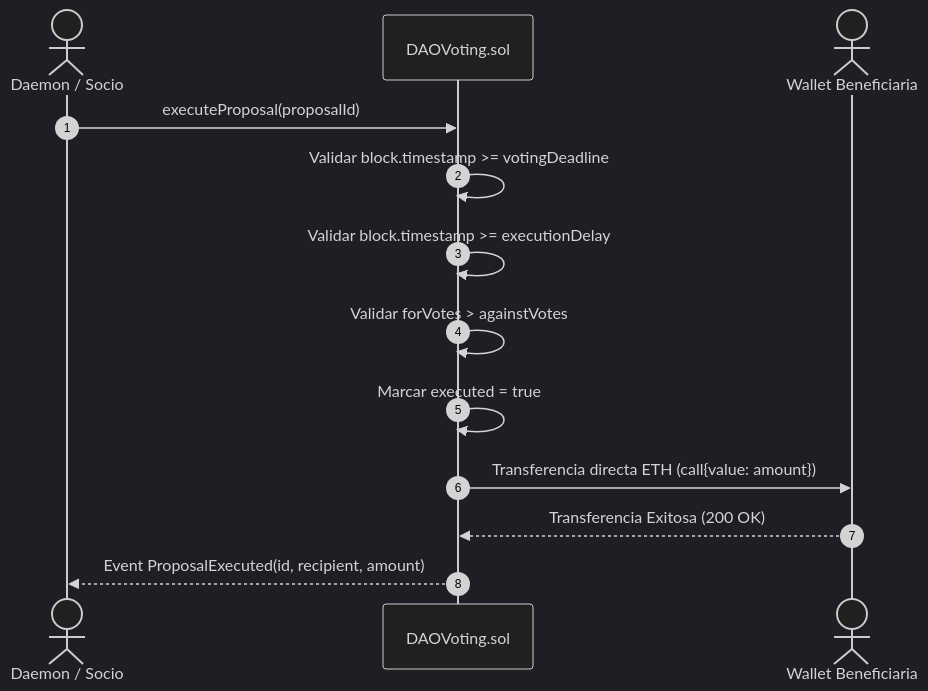
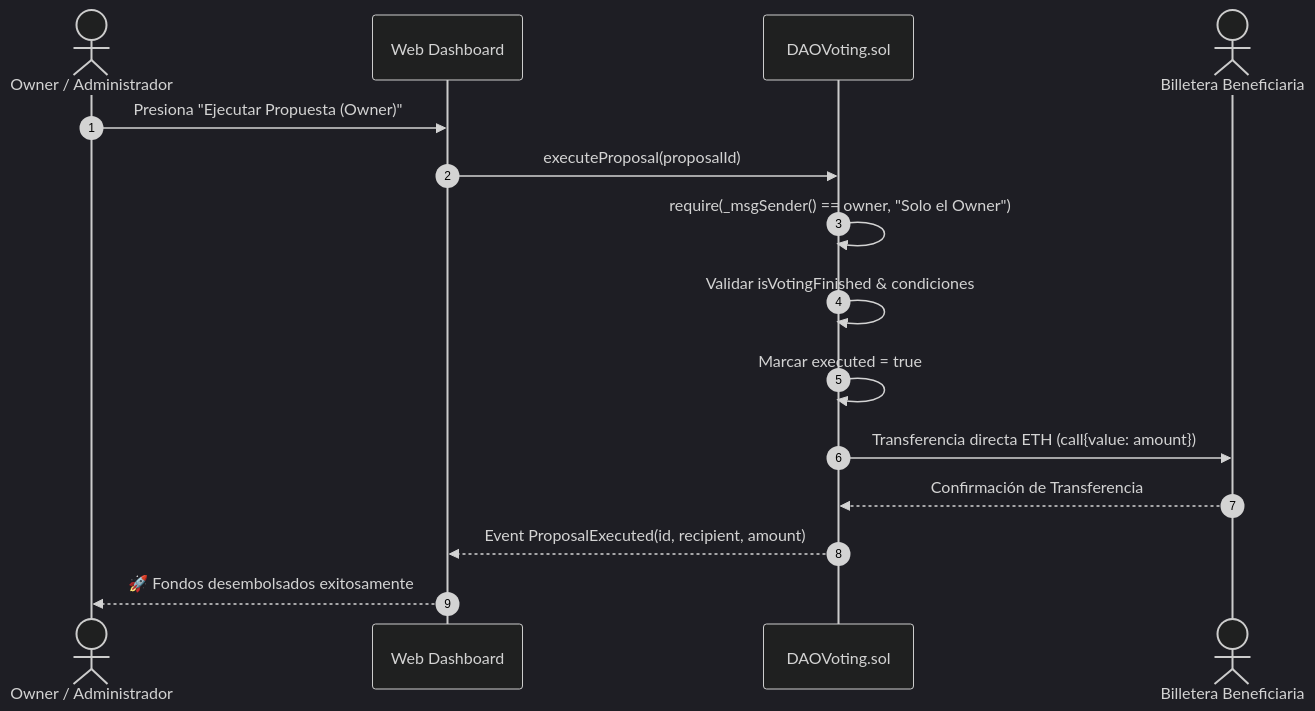
One commit to anlucorporations/dao changed the second of 2 diagrams in docs/CASOS_DE_USO_Y_DIAGRAMAS.md. Above: the diagram before and after it, drawn with Mermaid (dark theme). The commit also changed other lines of this file and 8 other files, not shown here.

````diff
--- a/docs/CASOS_DE_USO_Y_DIAGRAMAS.md
+++ b/docs/CASOS_DE_USO_Y_DIAGRAMAS.md
@@ -100,16 +106,18 @@
 ```mermaid
 sequenceDiagram
     autonumber
-    actor Daemon as Daemon / Socio
+    actor Owner as Owner / Administrador
+    participant Web as Web Dashboard
     participant DAO as DAOVoting.sol
-    actor Receptora as Wallet Beneficiaria
+    actor Receptora as Billetera Beneficiaria
 
-    Daemon->>DAO: executeProposal(proposalId)
-    DAO->>DAO: Validar block.timestamp >= votingDeadline
-    DAO->>DAO: Validar block.timestamp >= executionDelay
-    DAO->>DAO: Validar forVotes > againstVotes
+    Owner->>Web: Presiona "Ejecutar Propuesta (Owner)"
+    Web->>DAO: executeProposal(proposalId)
+    DAO->>DAO: require(_msgSender() == owner, "Solo el Owner")
+    DAO->>DAO: Validar isVotingFinished & condiciones
     DAO->>DAO: Marcar executed = true
     DAO->>Receptora: Transferencia directa ETH (call{value: amount})
-    Receptora-->>DAO: Transferencia Exitosa (200 OK)
-    DAO-->>Daemon: Event ProposalExecuted(id, recipient, amount)
+    Receptora-->>DAO: Confirmación de Transferencia
+    DAO-->>Web: Event ProposalExecuted(id, recipient, amount)
+    Web-->>Owner: 🚀 Fondos desembolsados exitosamente
 ```
````
